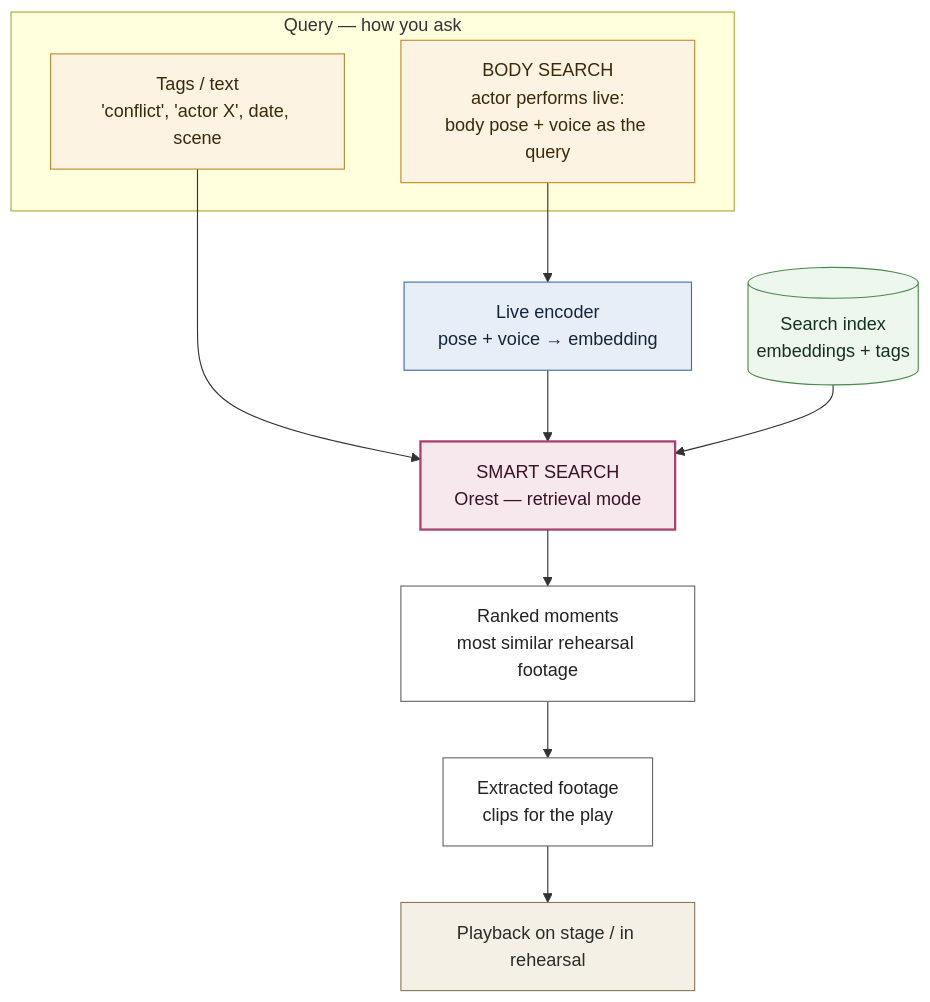
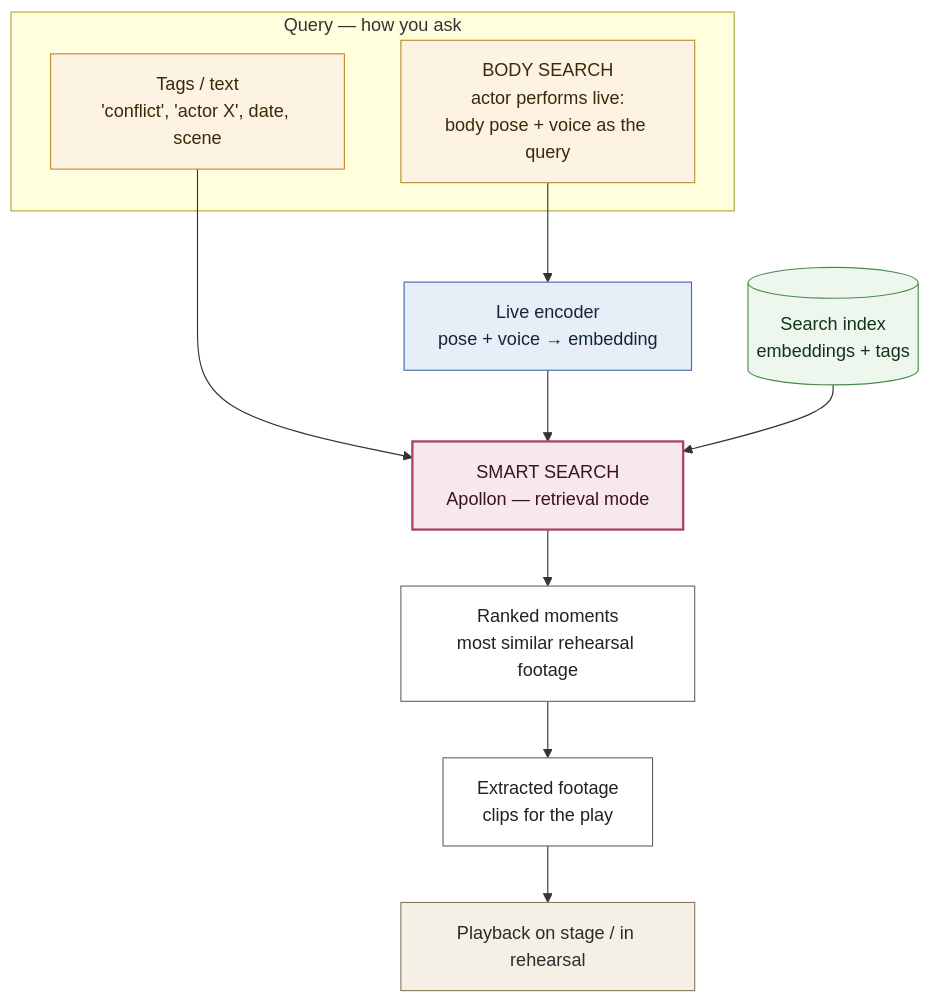
One commit to moe5555/orest changed the fourth of 4 diagrams in knowledge/source_of_truth/pipeline.md. Above: the diagram before and after it, drawn with Mermaid. The commit also changed other lines of this file and 67 other files, not shown here.

Commit message:
change name from orest to apollon

````diff
--- a/knowledge/source_of_truth/pipeline.md
+++ b/knowledge/source_of_truth/pipeline.md
@@ -95,26 +95,26 @@
 ```mermaid
 graph TD;
     subgraph Q["Query — how you ask"]
         QT["Tags / text<br/>'conflict', 'actor X', date, scene"]:::q;
         QB["BODY SEARCH<br/>actor performs live:<br/>body pose + voice as the query"]:::q;
     end
 
-    QT --> SS["SMART SEARCH<br/>Orest — retrieval mode"]:::orest;
+    QT --> SS["SMART SEARCH<br/>Apollon — retrieval mode"]:::apollon;
     QB --> ENC["Live encoder<br/>pose + voice → embedding"]:::proc;
     ENC --> SS;
 
     IDX[("Search index<br/>embeddings + tags")]:::store --> SS;
 
     SS --> HITS["Ranked moments<br/>most similar rehearsal footage"]:::out;
     HITS --> CUT["Extracted footage<br/>clips for the play"]:::out;
 
     CUT --> STAGE["Playback on stage / in rehearsal"]:::stage;
 
     classDef q fill:#fdf3e3,stroke:#c08a2e,color:#3a2a0a;
-    classDef orest fill:#f7e8ee,stroke:#a83f6e,stroke-width:2px,color:#3a1226;
+    classDef apollon fill:#f7e8ee,stroke:#a83f6e,stroke-width:2px,color:#3a1226;
     classDef proc fill:#e8eef7,stroke:#3f6ea8,color:#12263a;
     classDef store fill:#eef7ee,stroke:#4a8a4a,color:#12331a;
     classDef out fill:#fff,stroke:#666,color:#222;
     classDef opt fill:#f7f7f7,stroke:#999,stroke-dasharray:4 3,color:#444;
     classDef stage fill:#f5f0e6,stroke:#8a7a5c,color:#2b2b2b;
 ```
````
